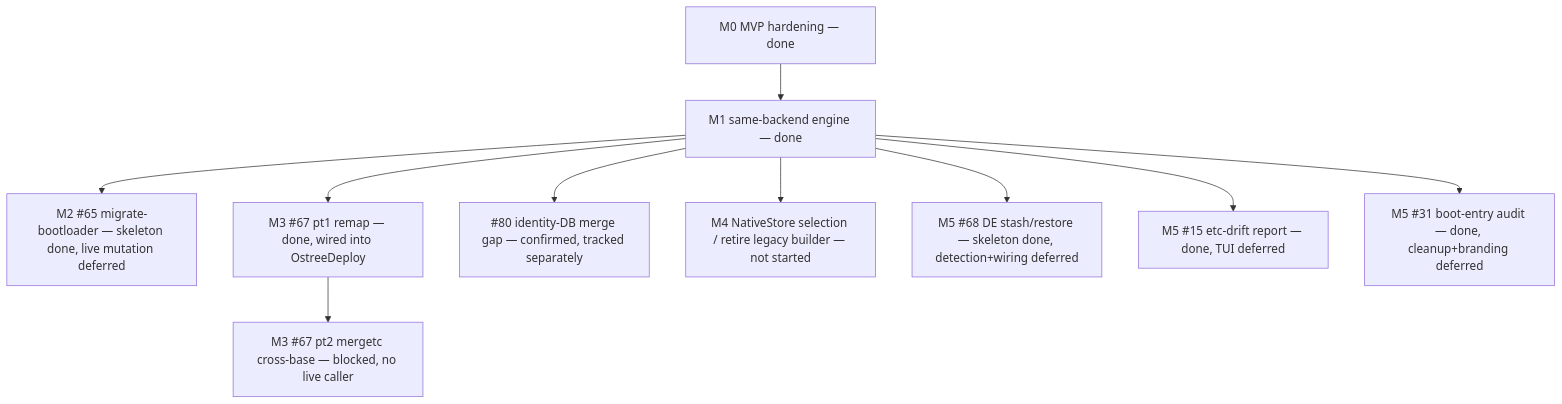
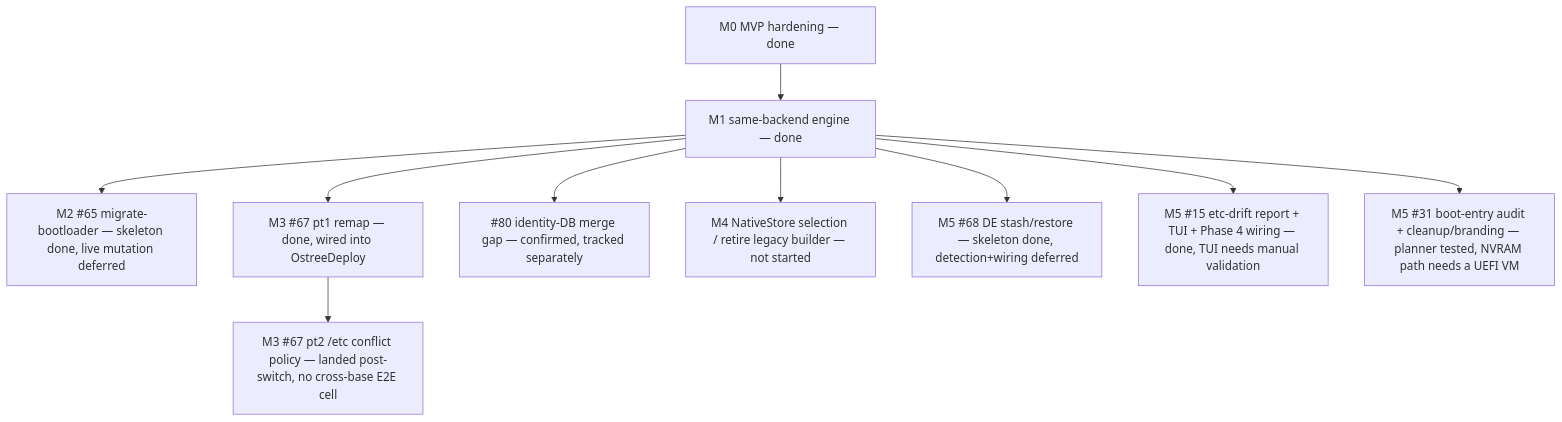
One commit to tuna-os/docs changed the diagram in docs/bootc-migrate/ROADMAP.md. Above: the diagram before and after it, drawn with Mermaid. The commit also changed other lines of this file, not shown here.

First line of the commit message:
[guide] docs: refresh bootc-migrate ROADMAP from repo

````diff
--- a/docs/bootc-migrate/ROADMAP.md
+++ b/docs/bootc-migrate/ROADMAP.md
@@ -164,12 +212,12 @@
 ```mermaid
 graph TD
   M0["M0 MVP hardening — done"] --> M1["M1 same-backend engine — done"]
   M1 --> M2["M2 #65 migrate-bootloader — skeleton done, live mutation deferred"]
   M1 --> M3P1["M3 #67 pt1 remap — done, wired into OstreeDeploy"]
-  M3P1 --> M3P2["M3 #67 pt2 mergetc cross-base — blocked, no live caller"]
+  M3P1 --> M3P2["M3 #67 pt2 /etc conflict policy — landed post-switch, no cross-base E2E cell"]
   M1 --> GAP80["#80 identity-DB merge gap — confirmed, tracked separately"]
   M1 --> M4["M4 NativeStore selection / retire legacy builder — not started"]
   M1 --> M5A["M5 #68 DE stash/restore — skeleton done, detection+wiring deferred"]
-  M1 --> M5B["M5 #15 etc-drift report — done, TUI deferred"]
-  M1 --> M5C["M5 #31 boot-entry audit — done, cleanup+branding deferred"]
+  M1 --> M5B["M5 #15 etc-drift report + TUI + Phase 4 wiring — done, TUI needs manual validation"]
+  M1 --> M5C["M5 #31 boot-entry audit + cleanup/branding — planner tested, NVRAM path needs a UEFI VM"]
 ```
````
